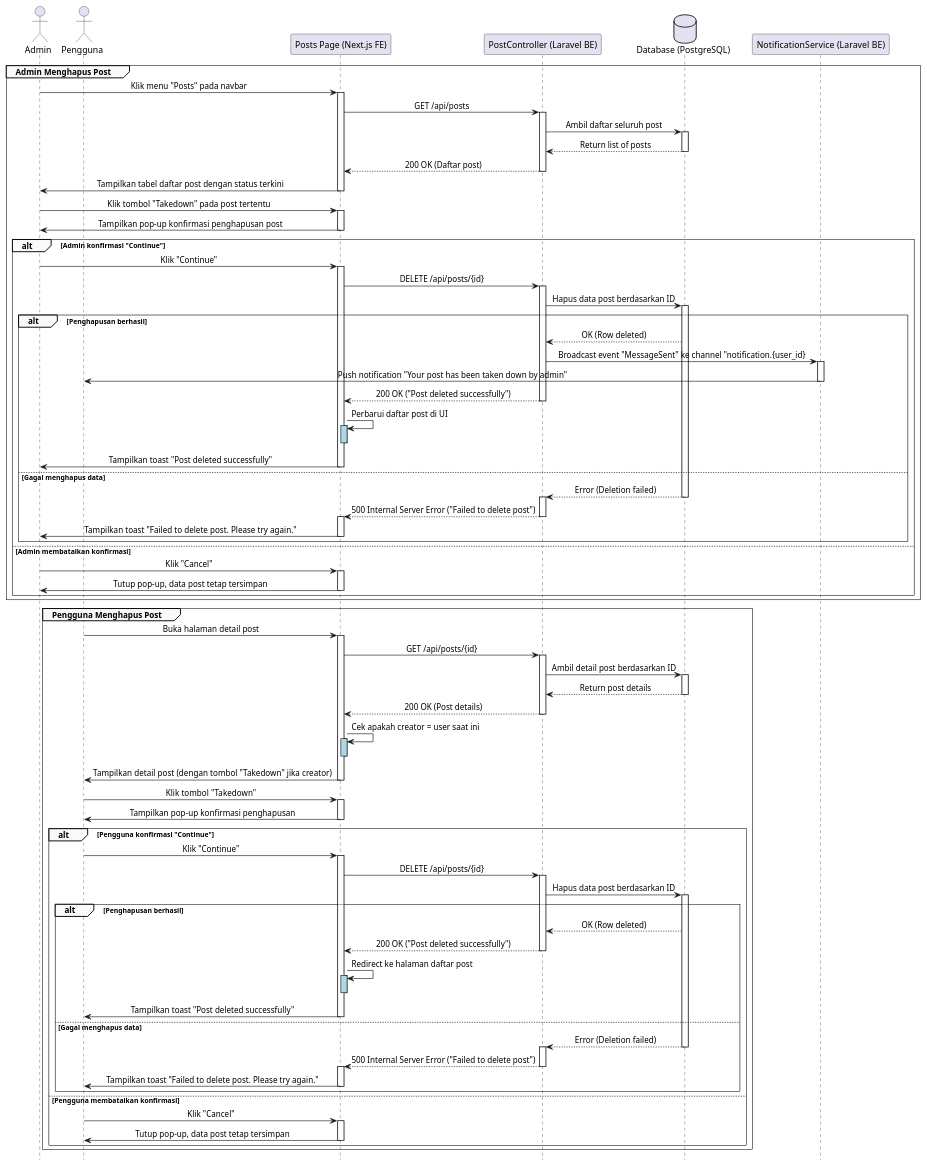
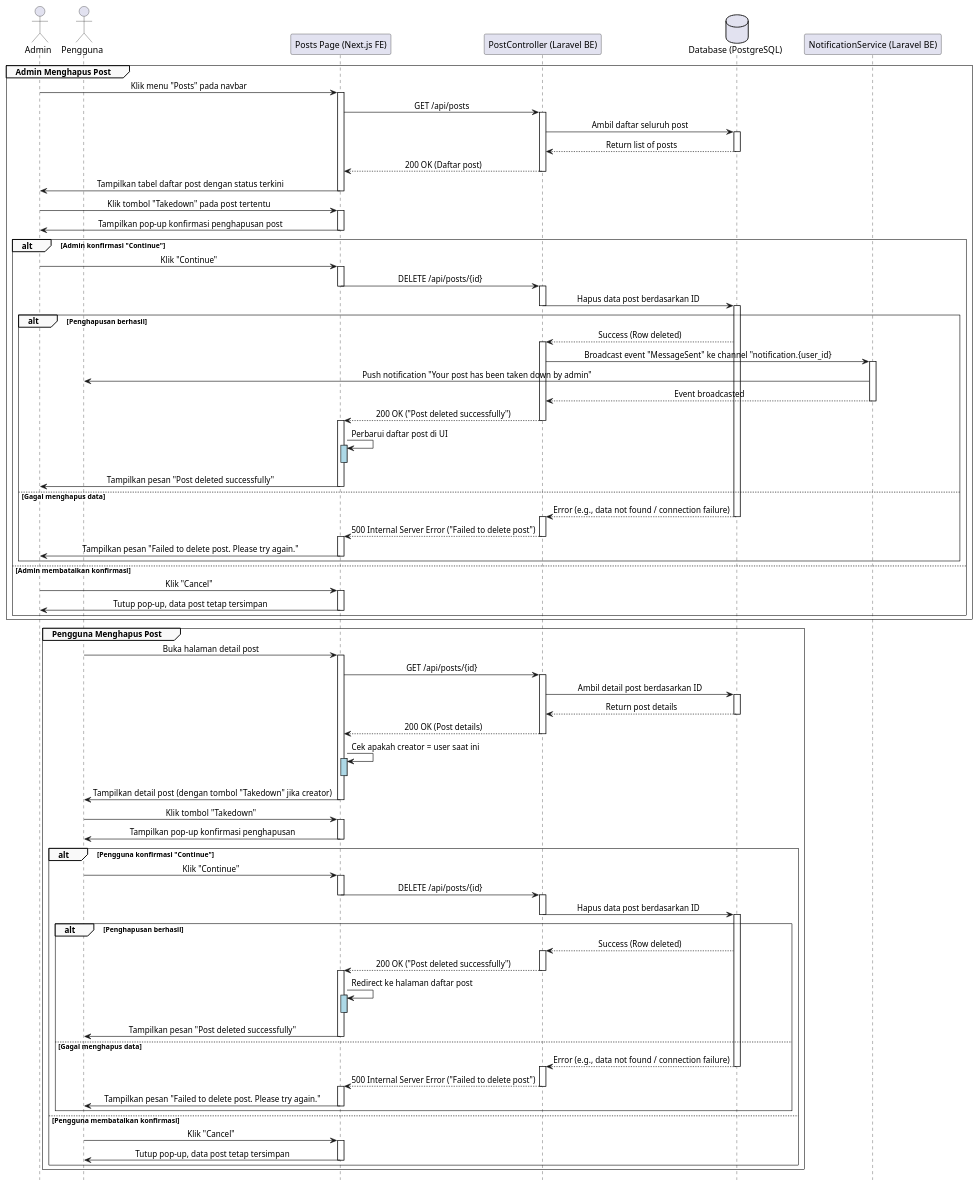
One commit to fadhel-rizanda/skripsi-plantuml changed the diagram in sequence/MenghapusPost.plantuml. Above: the diagram before and after it, drawn with PlantUML. The commit also changed 29 other files, not shown here.

```diff
--- a/sequence/MenghapusPost.plantuml
+++ b/sequence/MenghapusPost.plantuml
@@ -1,145 +1,154 @@
 @startuml
 ' === Styling ===
 skinparam sequence {
     LifelineFooterStrategy none
     MessageAlign center
     ArrowThickness 1
     ParticipantPadding 20
     GroupBorderThickness 0.5
     GroupBackgroundColor #F9F9F9
 }
 hide footbox
 
 ' === Participants ===
 actor Admin
 actor Pengguna
 participant "Posts Page (Next.js FE)" as FE
 participant "PostController (Laravel BE)" as BE
 database "Database (PostgreSQL)" as DB
 participant "NotificationService  (Laravel BE)" as NS
 
 ' === Flow A: Admin Menghapus Post ===
 group Admin Menghapus Post
     Admin -> FE: Klik menu "Posts" pada navbar
     activate FE
     FE -> BE: GET /api/posts
     activate BE
     BE -> DB: Ambil daftar seluruh post
     activate DB
     DB --> BE: Return list of posts
     deactivate DB
     BE --> FE: 200 OK (Daftar post)
     deactivate BE
     FE -> Admin: Tampilkan tabel daftar post dengan status terkini
     deactivate FE
 
     Admin -> FE: Klik tombol "Takedown" pada post tertentu
     activate FE
     FE -> Admin: Tampilkan pop-up konfirmasi penghapusan post
     deactivate FE
 
     alt Admin konfirmasi "Continue"
         Admin -> FE: Klik "Continue"
         activate FE
         FE -> BE: DELETE /api/posts/{id}
+        deactivate FE
         activate BE
         BE -> DB: Hapus data post berdasarkan ID
+        deactivate BE
         activate DB
 
         alt Penghapusan berhasil
-            DB --> BE: OK (Row deleted)
+            DB --> BE: Success (Row deleted)
+            activate BE
             ' Kirim notifikasi ke Creator post
             BE -> NS: Broadcast event "MessageSent" ke channel "notification.{user_id}
             activate NS
             NS -> Pengguna: Push notification "Your post has been taken down by admin"
+            NS --> BE: Event broadcasted
             deactivate NS
             BE --> FE: 200 OK ("Post deleted successfully")
             deactivate BE
+            activate FE
             FE -> FE: Perbarui daftar post di UI
             activate FE #LightBlue
             deactivate FE #LightBlue
-            FE -> Admin: Tampilkan toast "Post deleted successfully"
+            FE -> Admin: Tampilkan pesan "Post deleted successfully"
             deactivate FE
 
 
         else Gagal menghapus data
-            DB --> BE: Error (Deletion failed)
+            DB --> BE: Error (e.g., data not found / connection failure)
             deactivate DB
             activate BE
             BE --> FE: 500 Internal Server Error ("Failed to delete post")
             deactivate BE
             activate FE
-            FE -> Admin: Tampilkan toast "Failed to delete post. Please try again."
+            FE -> Admin: Tampilkan pesan "Failed to delete post. Please try again."
             deactivate FE
         end
 
     else Admin membatalkan konfirmasi
         Admin -> FE: Klik "Cancel"
         activate FE
         FE -> Admin: Tutup pop-up, data post tetap tersimpan
         deactivate FE
     end
 end
 
 
 ' === Flow B: User Menghapus Post ===
 group Pengguna Menghapus Post
     Pengguna -> FE: Buka halaman detail post
     activate FE
     FE -> BE: GET /api/posts/{id}
     activate BE
     BE -> DB: Ambil detail post berdasarkan ID
     activate DB
     DB --> BE: Return post details
     deactivate DB
     BE --> FE: 200 OK (Post details)
     deactivate BE
     FE -> FE: Cek apakah creator = user saat ini
     activate FE #LightBlue
     deactivate FE #LightBlue
     FE -> Pengguna: Tampilkan detail post (dengan tombol "Takedown" jika creator)
     deactivate FE
 
     Pengguna -> FE: Klik tombol "Takedown"
     activate FE
     FE -> Pengguna: Tampilkan pop-up konfirmasi penghapusan
     deactivate FE
 
     alt Pengguna konfirmasi "Continue"
         Pengguna -> FE: Klik "Continue"
         activate FE
         FE -> BE: DELETE /api/posts/{id}
+        deactivate FE
         activate BE
         BE -> DB: Hapus data post berdasarkan ID
+        deactivate BE
         activate DB
 
         alt Penghapusan berhasil
-            DB --> BE: OK (Row deleted)
+            DB --> BE: Success (Row deleted)
+            activate BE
             BE --> FE: 200 OK ("Post deleted successfully")
             deactivate BE
+            activate FE
             FE -> FE: Redirect ke halaman daftar post
             activate FE #LightBlue
             deactivate FE #LightBlue
-            FE -> Pengguna: Tampilkan toast "Post deleted successfully"
+            FE -> Pengguna: Tampilkan pesan "Post deleted successfully"
             deactivate FE
 
         else Gagal menghapus data
-            DB --> BE: Error (Deletion failed)
+            DB --> BE: Error (e.g., data not found / connection failure)
             deactivate DB
             activate BE
             BE --> FE: 500 Internal Server Error ("Failed to delete post")
             deactivate BE
             activate FE
-            FE -> Pengguna: Tampilkan toast "Failed to delete post. Please try again."
+            FE -> Pengguna: Tampilkan pesan "Failed to delete post. Please try again."
             deactivate FE
         end
 
     else Pengguna membatalkan konfirmasi
         Pengguna -> FE: Klik "Cancel"
         activate FE
         FE -> Pengguna: Tutup pop-up, data post tetap tersimpan
         deactivate FE
     end
 end
 
 @enduml
```
